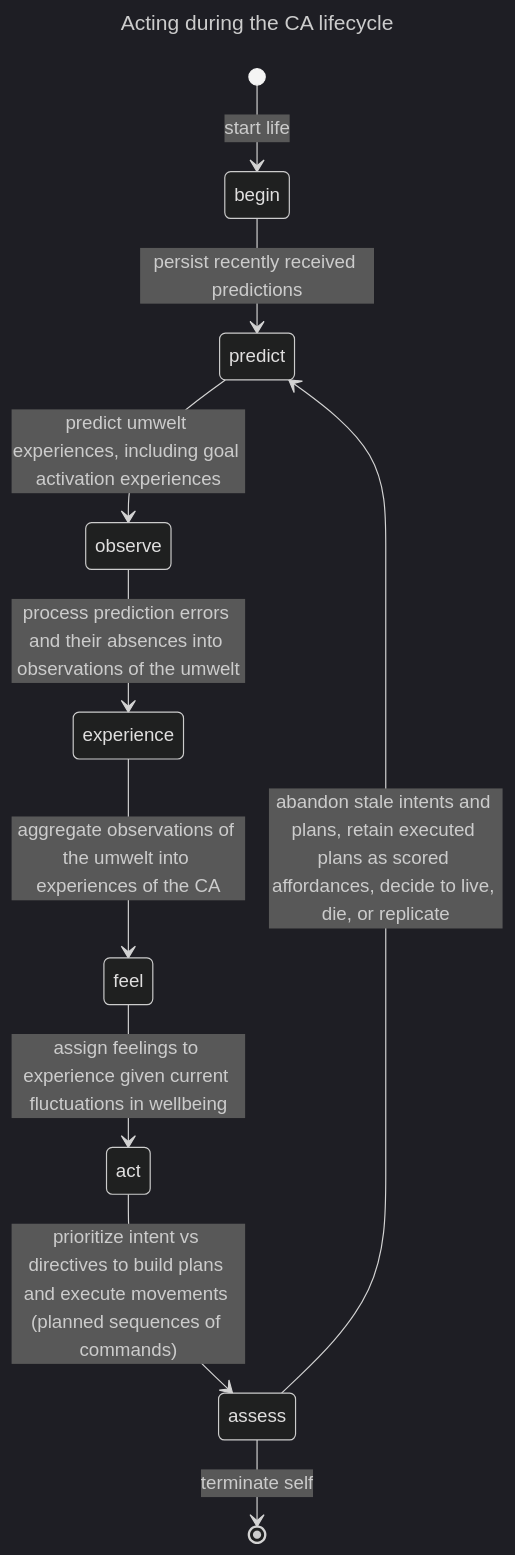
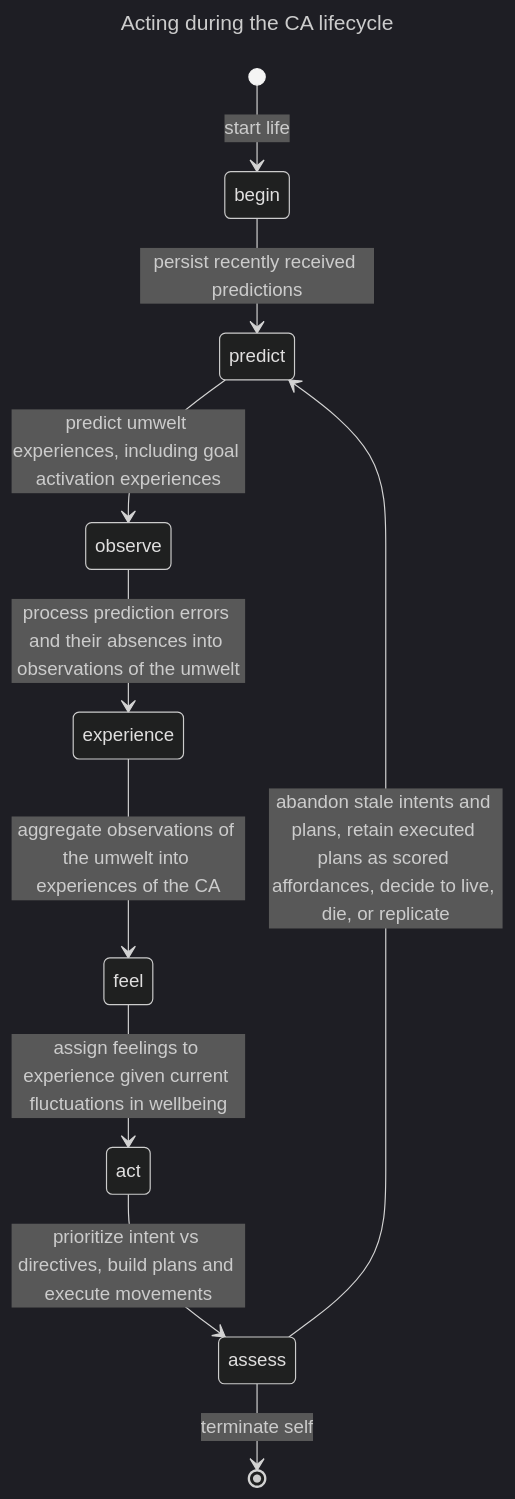
The first of 2 diagrams in design_notes/acting.md (jfcloutier/karma_system), drawn with Mermaid (dark theme) before and after one commit. The commit also changed other lines of this file, not shown here.

````diff
--- a/design_notes/acting.md
+++ b/design_notes/acting.md
@@ -59,15 +61,15 @@
 ```mermaid
 ---
 title: Acting during the CA lifecycle
 ---
 stateDiagram-v2
   [*] --> begin : start life
   begin --> predict : persist recently received predictions
   predict --> observe : predict umwelt experiences, including goal activation experiences
   observe --> experience : process prediction errors and their absences into observations of the umwelt
   experience --> feel : aggregate observations of the umwelt into experiences of the CA
   feel --> act : assign feelings to experience given current fluctuations in wellbeing
-  act --> assess : prioritize intent vs directives to build plans and execute movements (planned sequences of commands)
+  act --> assess : prioritize intent vs directives, build plans and execute movements
   assess --> predict : abandon stale intents and plans, retain executed plans as scored affordances, decide to live, die, or replicate
   assess --> [*] : terminate self
 ```
````
